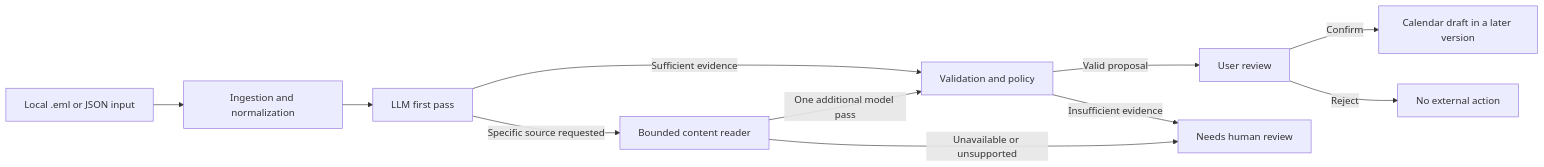
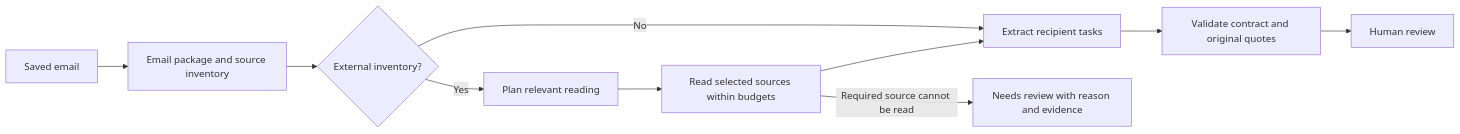
The diagram in docs/architecture.md (Eliasxswl/ActionMail), drawn with Mermaid before and after one commit. The commit also changed other lines of this file and 8 other files, not shown here.

Commit message:
Clarify primary-content reading and consolidate v2 context and reference checks

````diff
--- a/docs/architecture.md
+++ b/docs/architecture.md
@@ -26,13 +7,12 @@
 ```mermaid
 flowchart LR
-    A[Local .eml or JSON input] --> B[Ingestion and normalization]
-    B --> C[LLM first pass]
-    C -->|Sufficient evidence| E[Validation and policy]
-    C -->|Specific source requested| D[Bounded content reader]
-    D -->|One additional model pass| E
-    D -->|Unavailable or unsupported| F[Needs human review]
-    E -->|Valid proposal| G[User review]
-    E -->|Insufficient evidence| F
-    G -->|Confirm| H[Calendar draft in a later version]
-    G -->|Reject| I[No external action]
+    A[Saved email] --> B[Email package and source inventory]
+    B --> C{External inventory?}
+    C -->|Yes| D[Plan relevant reading]
+    D --> E[Read selected sources within budgets]
+    E --> F[Extract recipient tasks]
+    C -->|No| F
+    E -->|Required source cannot be read| R[Needs review with reason and evidence]
+    F --> G[Validate contract and original quotes]
+    G --> H[Human review]
 ```
````
